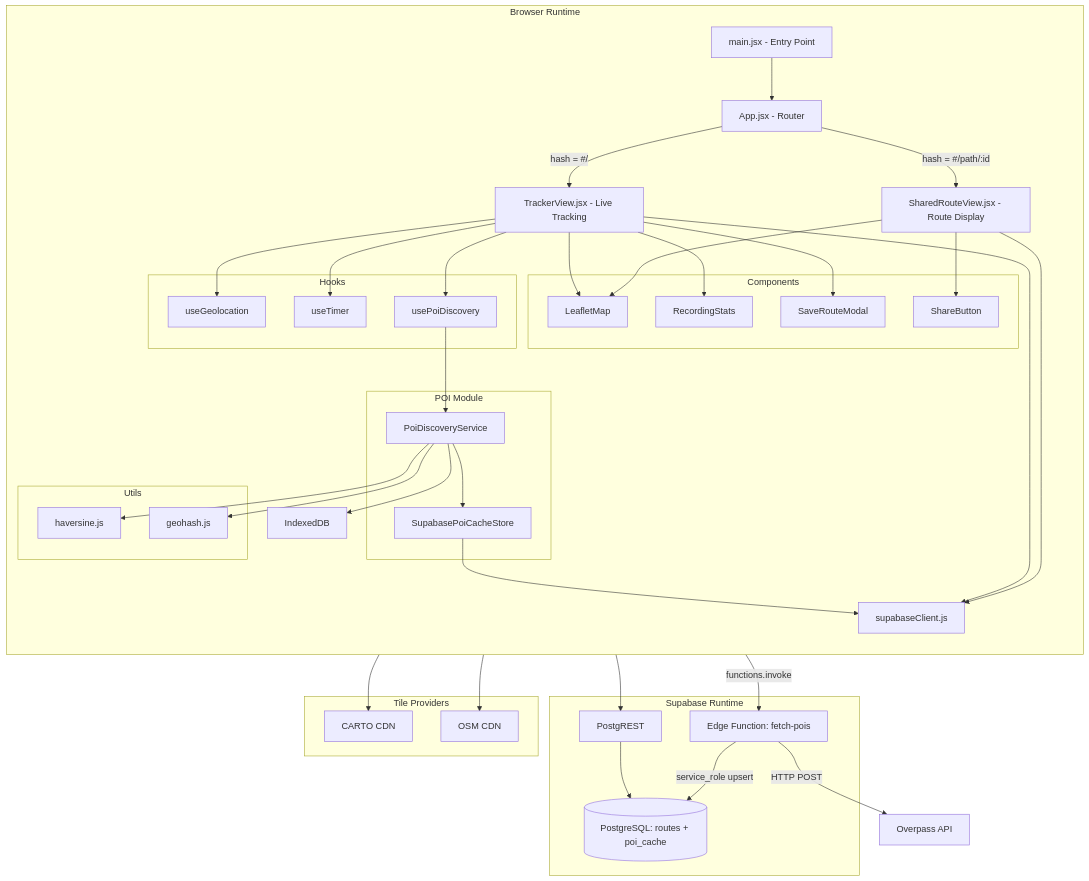
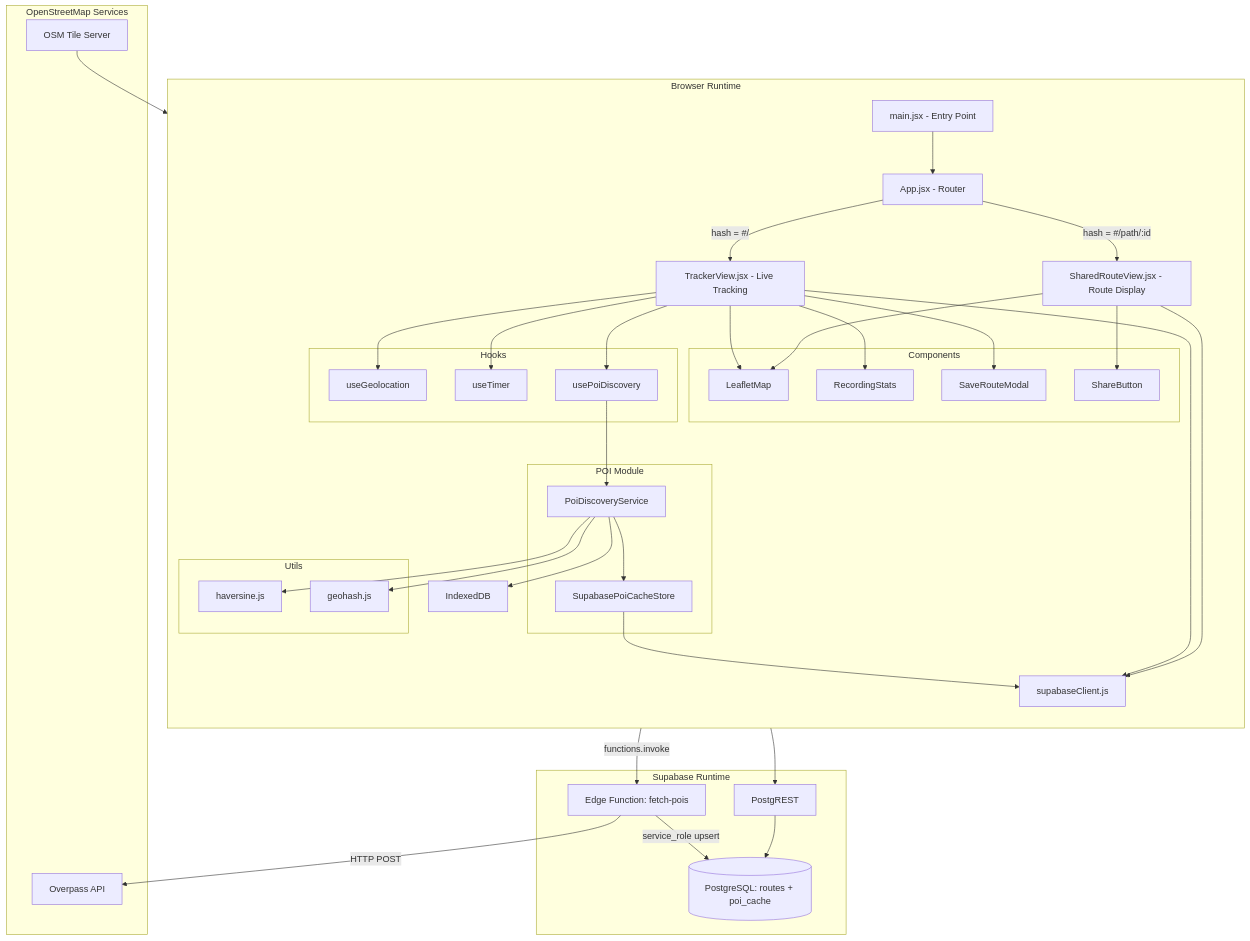
Before and after one commit to debnathkoushik/my-path: the second of 11 diagrams in docs/Architecture.md, drawn with Mermaid. The commit also changed other lines of this file and 20 other files, not shown here.

Commit message:
feat(map-services): revert POI discovery to OpenStreetMap and Overpass

````diff
--- a/docs/Architecture.md
+++ b/docs/Architecture.md
@@ -83,68 +80,66 @@
 ```mermaid
 graph TB
     subgraph Browser["Browser Runtime"]
         direction TB
         main["main.jsx - Entry Point"]
         app["App.jsx - Router"]
         tv["TrackerView.jsx - Live Tracking"]
         srv["SharedRouteView.jsx - Route Display"]
 
         subgraph Hooks
             ug["useGeolocation"]
             ut["useTimer"]
             up["usePoiDiscovery"]
         end
 
         subgraph Components
             lm["LeafletMap"]
             rs["RecordingStats"]
             sm["SaveRouteModal"]
             sb["ShareButton"]
         end
 
         subgraph POI_Module["POI Module"]
             pds["PoiDiscoveryService"]
             spcs["SupabasePoiCacheStore"]
         end
 
         subgraph Utils
             hav["haversine.js"]
             geo["geohash.js"]
         end
 
         sc["supabaseClient.js"]
         idb["IndexedDB"]
     end
 
     subgraph Supabase_Runtime["Supabase Runtime"]
         pgrest["PostgREST"]
         ef["Edge Function: fetch-pois"]
         pg[("PostgreSQL: routes + poi_cache")]
     end
 
-    subgraph Tiles["Tile Providers"]
-        carto["CARTO CDN"]
-        osm["OSM CDN"]
+    subgraph OSM["OpenStreetMap Services"]
+        tiles["OSM Tile Server"]
+        overpass["Overpass API"]
     end
-
-    overpass["Overpass API"]
 
     main --> app
     app -->|"hash = #/"| tv
     app -->|"hash = #/path/:id"| srv
     tv --> ug & ut & up
     tv --> lm & rs & sm
     srv --> lm & sb
     up --> pds
     pds --> spcs & geo & hav
     spcs --> sc
     tv --> sc
     srv --> sc
     sc --> pgrest
     pds -->|"functions.invoke"| ef
     ef -->|"HTTP POST"| overpass
     ef -->|"service_role upsert"| pg
     pgrest --> pg
-    lm --> carto & osm
+    tiles --> lm
     pds --> idb
 ```
````
